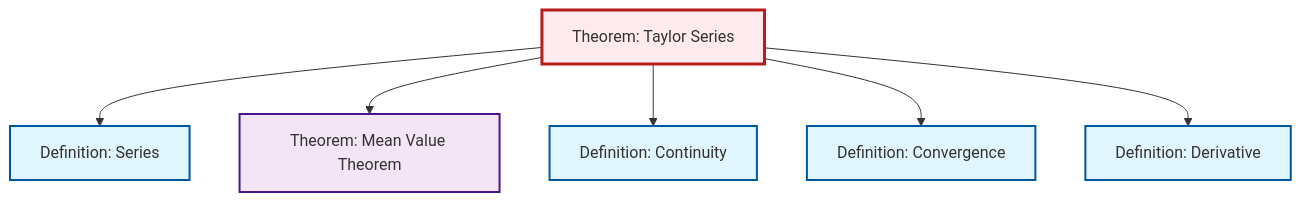
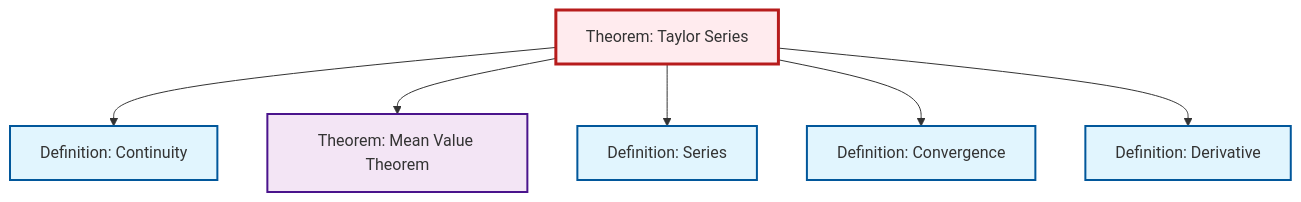
One commit to RK0429/ModernMath changed the diagram in content/ja/analysis/thm-taylor-series.qmd. Above: the diagram before and after it, drawn with Mermaid. The commit also changed other lines of this file and 634 other files, not shown here.

````diff
--- a/content/ja/analysis/thm-taylor-series.qmd
+++ b/content/ja/analysis/thm-taylor-series.qmd
@@ -108,26 +108,26 @@
 ```{mermaid}
 %%| fig-cap: "Local dependency graph"
 graph TD
     classDef definition fill:#e1f5fe,stroke:#01579b,stroke-width:2px
     classDef theorem fill:#f3e5f5,stroke:#4a148c,stroke-width:2px
     classDef axiom fill:#fff3e0,stroke:#e65100,stroke-width:2px
     classDef example fill:#e8f5e9,stroke:#1b5e20,stroke-width:2px
     classDef current fill:#ffebee,stroke:#b71c1c,stroke-width:3px
+    def-convergence["Definition: Convergence"]:::definition
+    def-derivative["Definition: Derivative"]:::definition
+    def-continuity["Definition: Continuity"]:::definition
+    def-series["Definition: Series"]:::definition
     thm-taylor-series["Theorem: Taylor Series"]:::theorem
-    def-convergence["Definition: Convergence"]:::definition
-    def-series["Definition: Series"]:::definition
     thm-mean-value["Theorem: Mean Value Theorem"]:::theorem
-    def-continuity["Definition: Continuity"]:::definition
-    def-derivative["Definition: Derivative"]:::definition
+    thm-taylor-series --> def-continuity
+    thm-taylor-series --> thm-mean-value
     thm-taylor-series --> def-series
-    thm-taylor-series --> thm-mean-value
-    thm-taylor-series --> def-continuity
     thm-taylor-series --> def-convergence
     thm-taylor-series --> def-derivative
     class thm-taylor-series current
     click def-convergence "def-convergence.html" "Definition: Convergenceへ"
+    click def-derivative "def-derivative.html" "Definition: Derivativeへ"
+    click def-continuity "def-continuity.html" "Definition: Continuityへ"
     click def-series "def-series.html" "Definition: Seriesへ"
     click thm-mean-value "thm-mean-value.html" "Theorem: Mean Value Theoremへ"
-    click def-continuity "def-continuity.html" "Definition: Continuityへ"
-    click def-derivative "def-derivative.html" "Definition: Derivativeへ"
 ```
````
